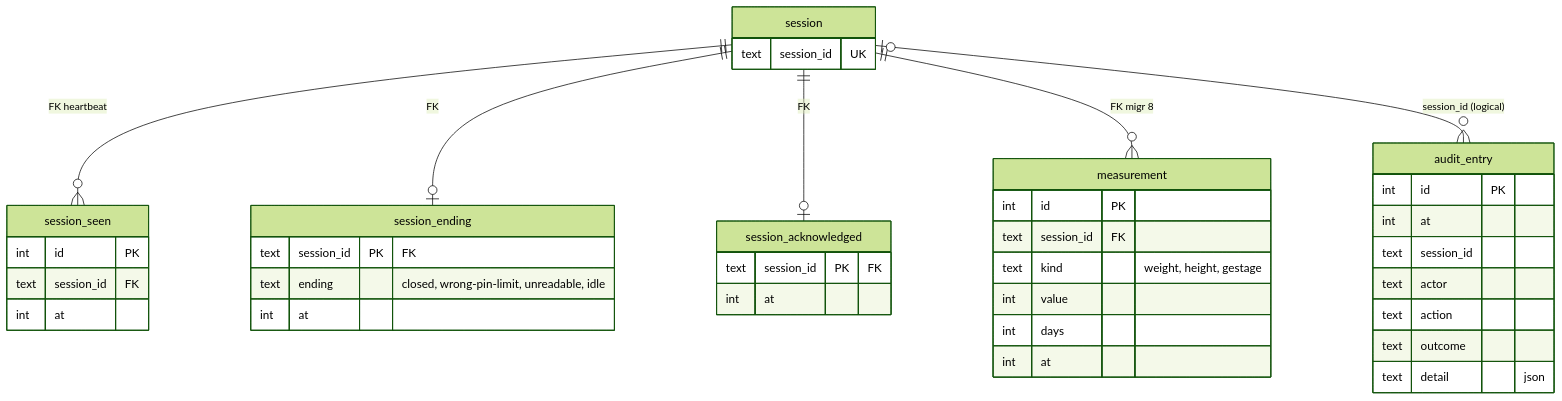
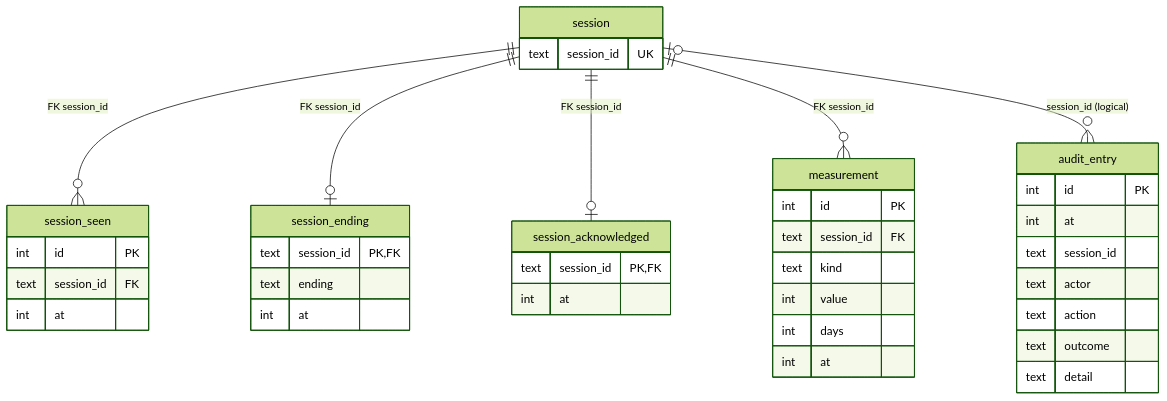
The third of 5 diagrams in ARCHITECTURE.md (halcwb/GenPRES), drawn with Mermaid (forest theme) before and after one commit. The commit also changed other lines of this file and 2 other files, not shown here.

First line of the commit message:
docs: generate the schema diagrams from migrations

````diff
--- a/ARCHITECTURE.md
+++ b/ARCHITECTURE.md
@@ -162,42 +170,42 @@
 ```mermaid
 erDiagram
     session {
         text session_id UK
     }
     session_seen {
         int id PK
         text session_id FK
         int at
     }
     session_ending {
-        text session_id PK "FK"
-        text ending "closed, wrong-pin-limit, unreadable, idle"
+        text session_id PK, FK
+        text ending
         int at
     }
     session_acknowledged {
-        text session_id PK "FK"
-        int at
-    }
-    measurement {
-        int id PK
-        text session_id FK
-        text kind "weight, height, gestage"
-        int value
-        int days
+        text session_id PK, FK
         int at
     }
     audit_entry {
         int id PK
         int at
         text session_id
         text actor
         text action
         text outcome
-        text detail "json"
+        text detail
     }
-    session ||--o{ session_seen : "FK heartbeat"
-    session ||--o| session_ending : "FK"
-    session ||--o| session_acknowledged : "FK"
-    session ||--o{ measurement : "FK migr 8"
+    measurement {
+        int id PK
+        text session_id FK
+        text kind
+        int value
+        int days
+        int at
+    }
+    session ||--o{ session_seen : "FK session_id"
+    session ||--o| session_ending : "FK session_id"
+    session ||--o| session_acknowledged : "FK session_id"
+    session ||--o{ measurement : "FK session_id"
     session |o--o{ audit_entry : "session_id (logical)"
 ```
````
